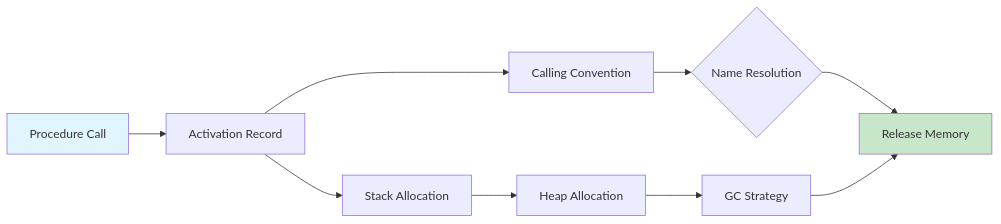
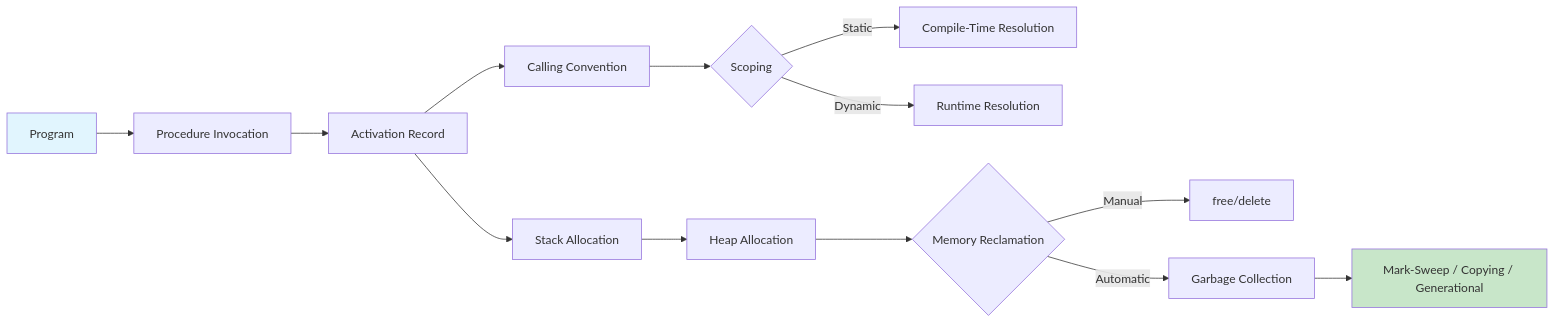
One commit to Raushan666java/ai-engineering-journey changed the diagram in docs/courses/compiler-design/08-runtime-env.md. Above: the diagram before and after it, drawn with Mermaid. The commit also changed other lines of this file and 41 other files, not shown here.

````diff
--- a/docs/courses/compiler-design/08-runtime-env.md
+++ b/docs/courses/compiler-design/08-runtime-env.md
@@ -22,13 +23,17 @@
 ```mermaid
 flowchart LR
-    A[Procedure Call] --> B[Activation Record]
-    B --> C[Stack Allocation]
-    B --> D[Calling Convention]
-    C --> E[Heap Allocation]
-    D --> F{Name Resolution}
-    E --> G[GC Strategy]
-    F --> H[Release Memory]
-    G --> H
+    A[Program] --> B[Procedure Invocation]
+    B --> C[Activation Record]
+    C --> D[Stack Allocation]
+    C --> E[Calling Convention]
+    D --> F[Heap Allocation]
+    E --> G{Scoping}
+    G -->|Static| H[Compile-Time Resolution]
+    G -->|Dynamic| I[Runtime Resolution]
+    F --> J{Memory Reclamation}
+    J -->|Manual| K[free/delete]
+    J -->|Automatic| L[Garbage Collection]
+    L --> M[Mark-Sweep / Copying / Generational]
     style A fill:#e1f5fe
-    style H fill:#c8e6c9
+    style M fill:#c8e6c9
 ```
````
